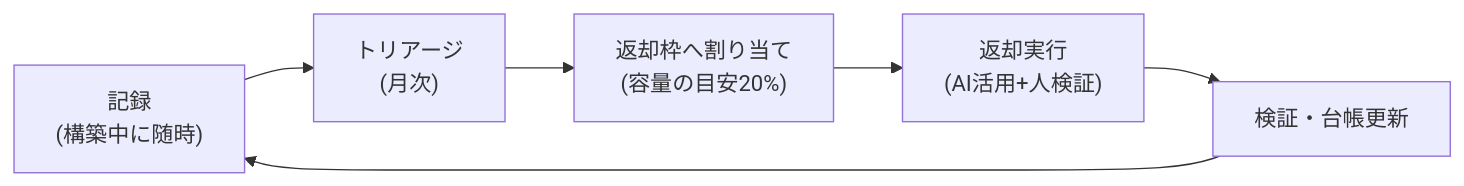
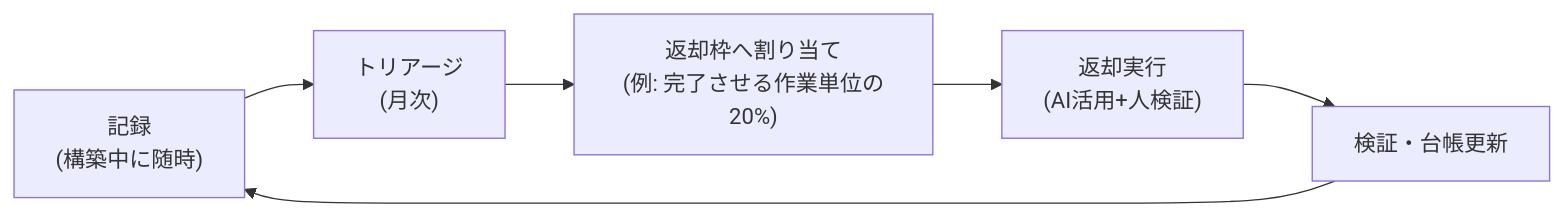
One commit to Takenori-Kusaka/process-compass changed the diagram in src/content/docs/phase6-operation/debt-payback.md. Above: the diagram before and after it, drawn with Mermaid. The commit also changed other lines of this file and 24 other files, not shown here.

````diff
--- a/src/content/docs/phase6-operation/debt-payback.md
+++ b/src/content/docs/phase6-operation/debt-payback.md
@@ -26,8 +26,8 @@
 ```mermaid
 graph LR
   A["記録<br>(構築中に随時)"] --> B["トリアージ<br>(月次)"]
-  B --> C["返却枠へ割り当て<br>(容量の目安20%)"]
+  B --> C["返却枠へ割り当て<br>(例: 完了させる作業単位の20%)"]
   C --> D["返却実行<br>(AI活用+人検証)"]
   D --> E["検証・台帳更新"]
   E --> A
 ```
````
